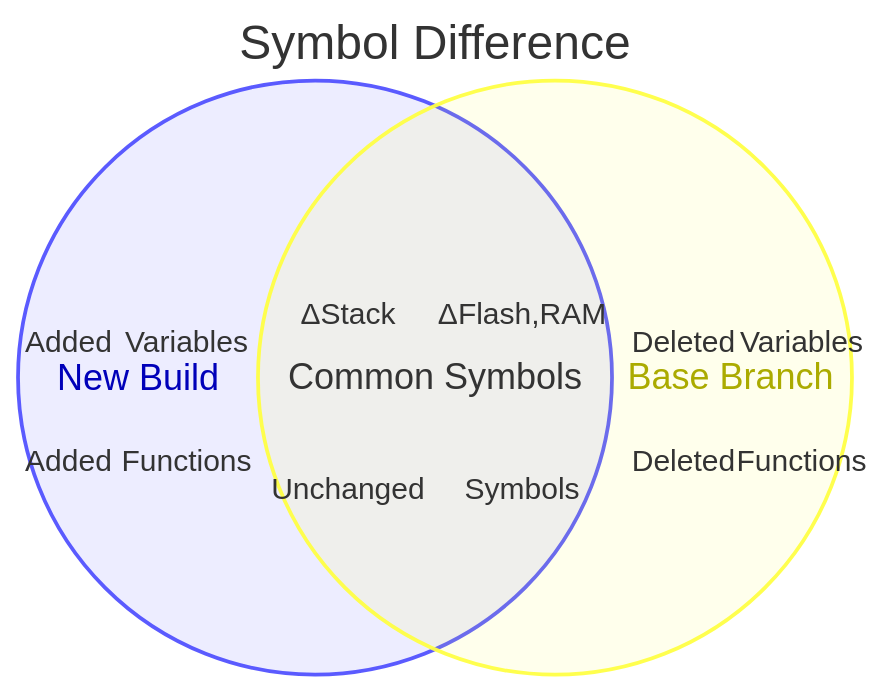
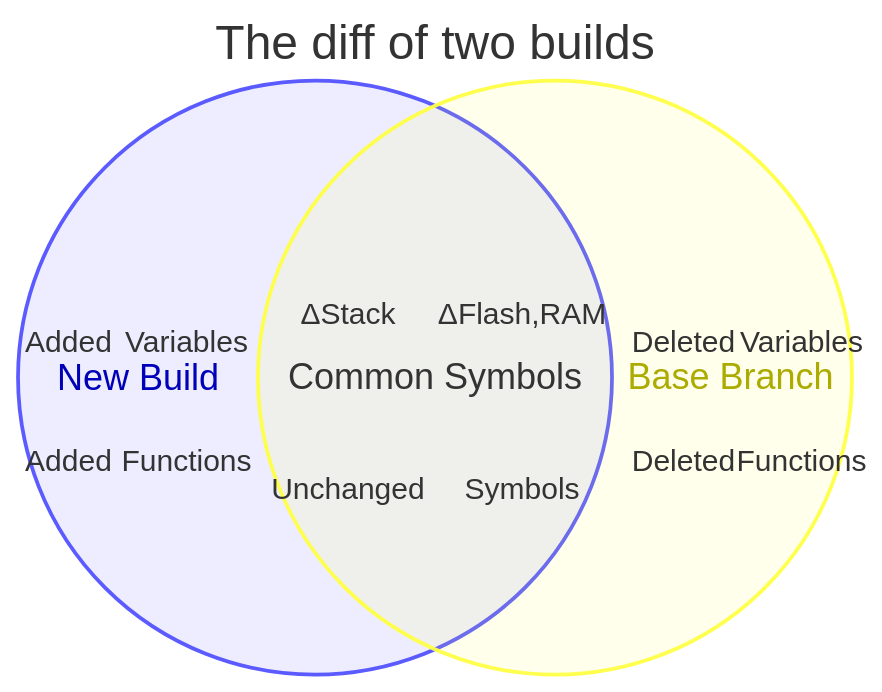
Before and after one commit to paulwuertz/static_firmware_analysis_presentations_slides: the sixth of 6 diagrams in pages/02_howToStackEstimation.md, drawn with Mermaid. The commit also changed other lines of this file and 4 other files, not shown here.

````diff
--- a/pages/02_howToStackEstimation.md
+++ b/pages/02_howToStackEstimation.md
@@ -337,20 +390,20 @@
 ```mermaid
 venn-beta
-  title Symbol Difference
+  title The diff of two builds
   set NewFeatureBuild["New Build"]:20
     text x["Added"]
     text A1["Variables"]
     text x["Added"]
     text A1["Functions"]
   set TargetBranch["Base Branch"]:20
     text x["Deleted"]
     text A1["Variables"]
     text x["Deleted"]
     text A1["Functions"]
   union NewFeatureBuild,TargetBranch["Common Symbols"]:10
     text AB3["ΔStack"]
     text AB3["ΔFlash,RAM"]
     text AB1["Unchanged"]
     text AB2["Symbols"]
 
 ```
````
